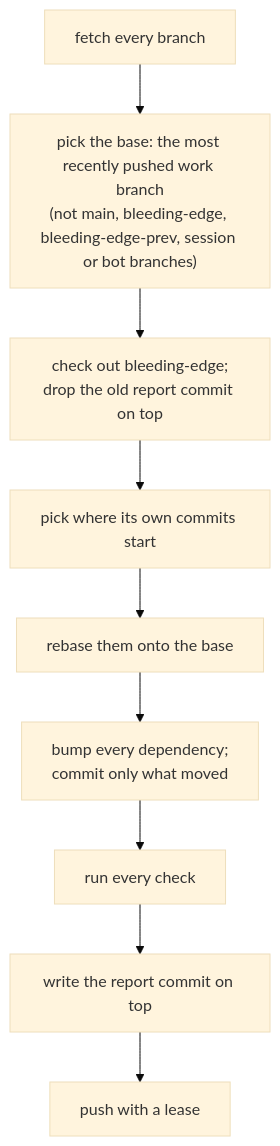
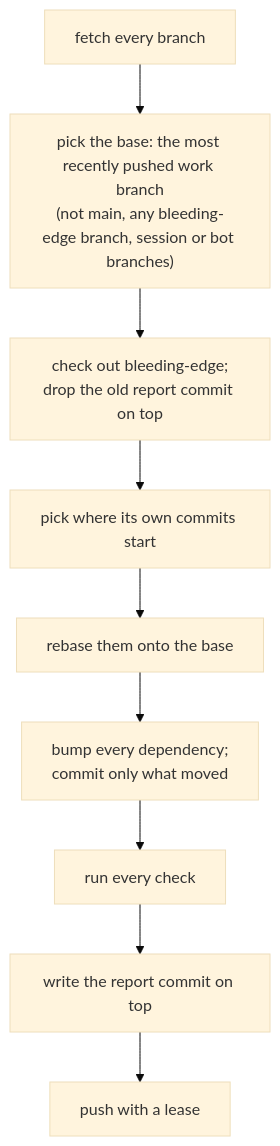
Before and after one commit to bubba8587/solenoid: the diagram in tree/specs/bleeding-edge/branch.md, drawn with Mermaid (base theme). The commit also changed other lines of this file and 4 other files, not shown here.

First line of the commit message:
Bleeding edge: a ready finding ports as it stands

````diff
--- a/tree/specs/bleeding-edge/branch.md
+++ b/tree/specs/bleeding-edge/branch.md
@@ -15,11 +15,11 @@
 ```mermaid
 flowchart TD
-    fetch["fetch every branch"] --> base["pick the base: the most recently pushed work branch<br>(not main, bleeding-edge, bleeding-edge-prev, session or bot branches)"]
+    fetch["fetch every branch"] --> base["pick the base: the most recently pushed work branch<br>(not main, any bleeding-edge branch, session or bot branches)"]
     base --> drop["check out bleeding-edge;<br>drop the old report commit on top"]
     drop --> from["pick where its own commits start"]
     from --> rebase["rebase them onto the base"]
     rebase --> bump["bump every dependency;<br>commit only what moved"]
     bump --> checks["run every check"]
     checks --> report["write the report commit on top"]
     report --> push["push with a lease"]
 ```
````
